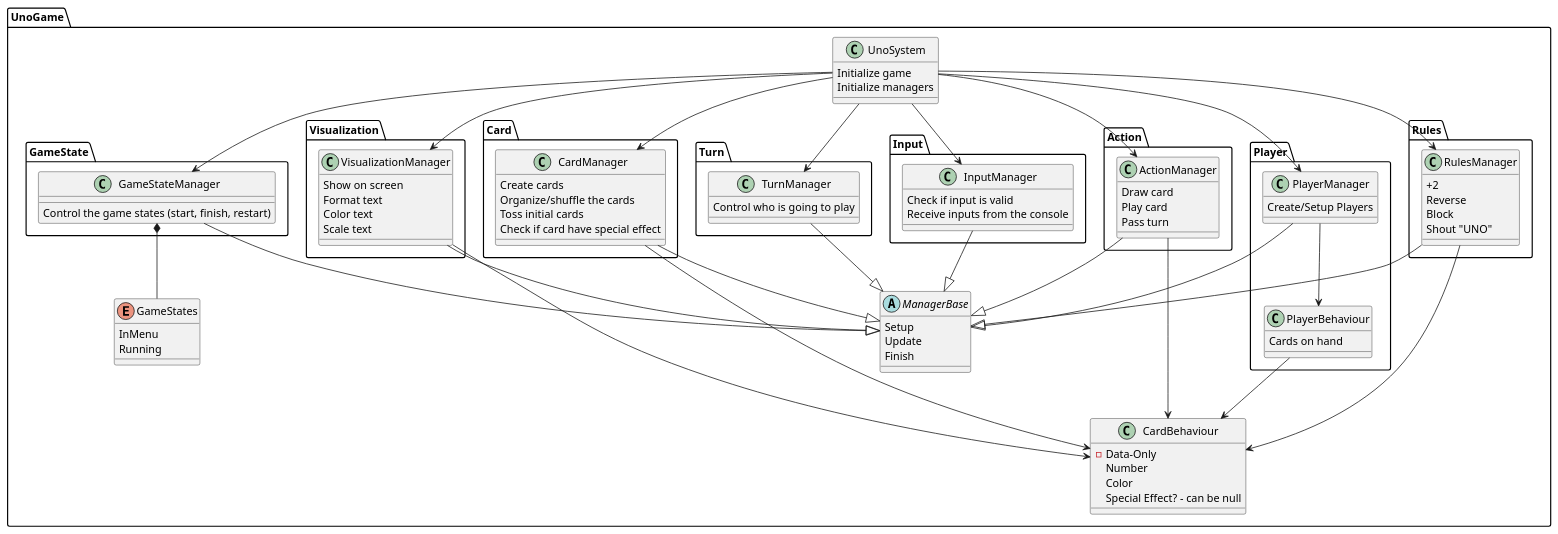
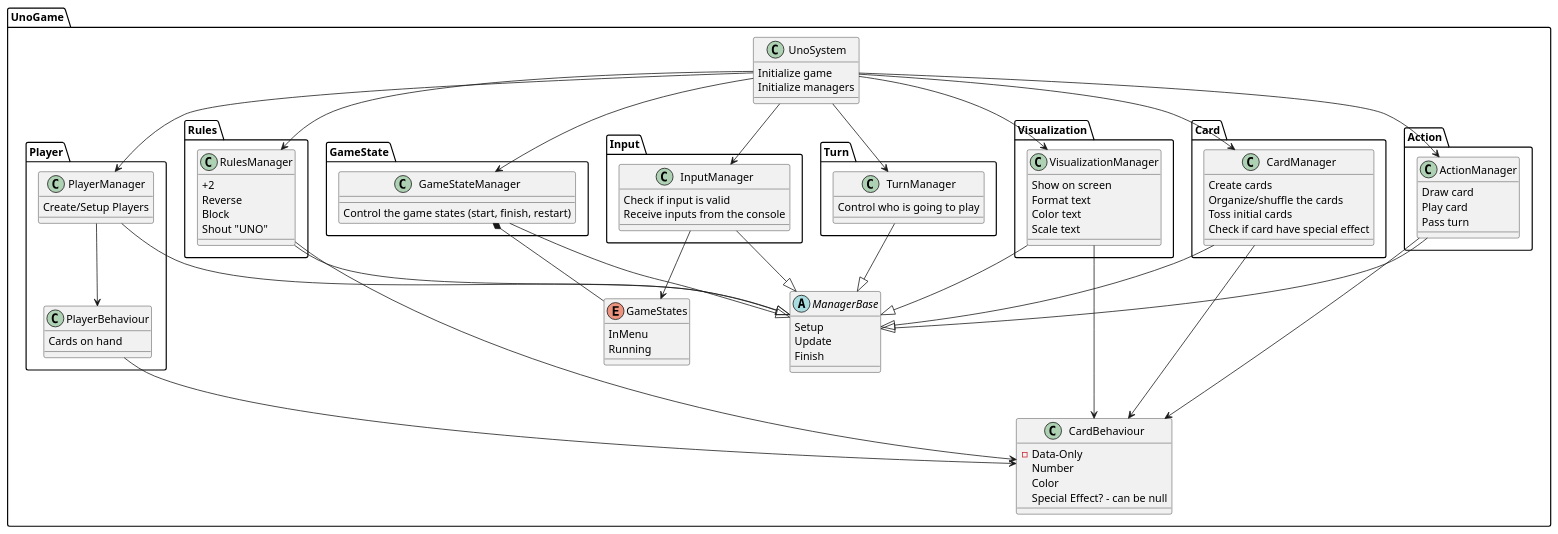
Before and after one commit to caiovini980/UnoGame: the diagram in UnoGame/Docs/Idea Diagram.puml, drawn with PlantUML. The commit also changed 9 other files, not shown here.

```diff
--- a/UnoGame/Docs/Idea Diagram.puml
+++ b/UnoGame/Docs/Idea Diagram.puml
@@ -1,166 +1,167 @@
 @startuml
 'https://plantuml.com/sequence-diagram
 
 'SYSTEMS'
 package UnoGame
 {
     'ABSTRACTS'
     abstract class ManagerBase
     {
         Setup
         Update
         Finish
     }
     
     class UnoSystem
     {
         Initialize game
         Initialize managers
     }
     
     class CardBehaviour
     {
         - Data-Only
         Number
         Color
         Special Effect? - can be null
     }
     
     'INTERFACES'
     
     'ENUMS'
     enum GameStates
     {
         InMenu
         Running
     }
     
     'MANAGERS'
     package GameState
     {
         class GameStateManager
         {
             Control the game states (start, finish, restart)
         }
     }
     
     package Card
     {
         class CardManager
         {
             Create cards
             Organize/shuffle the cards
             Toss initial cards
             Check if card have special effect
         }
     }
     
     package Turn
     {
         class TurnManager
         {
             Control who is going to play
         }
     }
     
     package Action
     {
         class ActionManager
         {
             Draw card
             Play card
             Pass turn
         }
     }
     
     package Player
     {
         class PlayerManager
         {
             Create/Setup Players
         }
         
         class PlayerBehaviour
         {
             Cards on hand
         }
     }   
     
     package Rules
     {
         class RulesManager
         {
             +2
             Reverse
             Block
             Shout "UNO"
         }
     }  
     
     package Input
     {
         class InputManager
         {
             Check if input is valid
             Receive inputs from the console
         } 
     }
            
     package Visualization
     {
         class VisualizationManager
         {
             Show on screen
             Format text
             Color text
             Scale text
         }
     }
     
     'UTILS'
 '    package Utils
 '    {
 '        class TimerHandler
 '        {
 '            Create timer 
 '            Notify when timer finished
 '        }
 '    }
     
     'RELATIONS'
     'Parent - Child'
     GameStateManager --|> ManagerBase
     CardManager --|> ManagerBase
     TurnManager --|> ManagerBase
     ActionManager --|> ManagerBase
     InputManager --|> ManagerBase
     PlayerManager --|> ManagerBase
     RulesManager --|> ManagerBase
     VisualizationManager --|> ManagerBase
     
     'System - Managers'
     UnoSystem --> GameStateManager
     UnoSystem --> CardManager
     UnoSystem --> TurnManager
     UnoSystem --> ActionManager
     UnoSystem --> InputManager
     UnoSystem --> PlayerManager
     UnoSystem --> RulesManager
     UnoSystem --> VisualizationManager
     
     'A "has instance of" B. B cant live without A'
     GameStateManager *-- GameStates
     
     'Interfaces'
     
     'A "has instance of" B. B can live without A'
     CardManager --> CardBehaviour
     PlayerManager --> PlayerBehaviour
     PlayerBehaviour --> CardBehaviour
     ActionManager --> CardBehaviour
     RulesManager --> CardBehaviour
     VisualizationManager --> CardBehaviour
+    InputManager --> GameStates
 }
 
 
 @enduml
```
